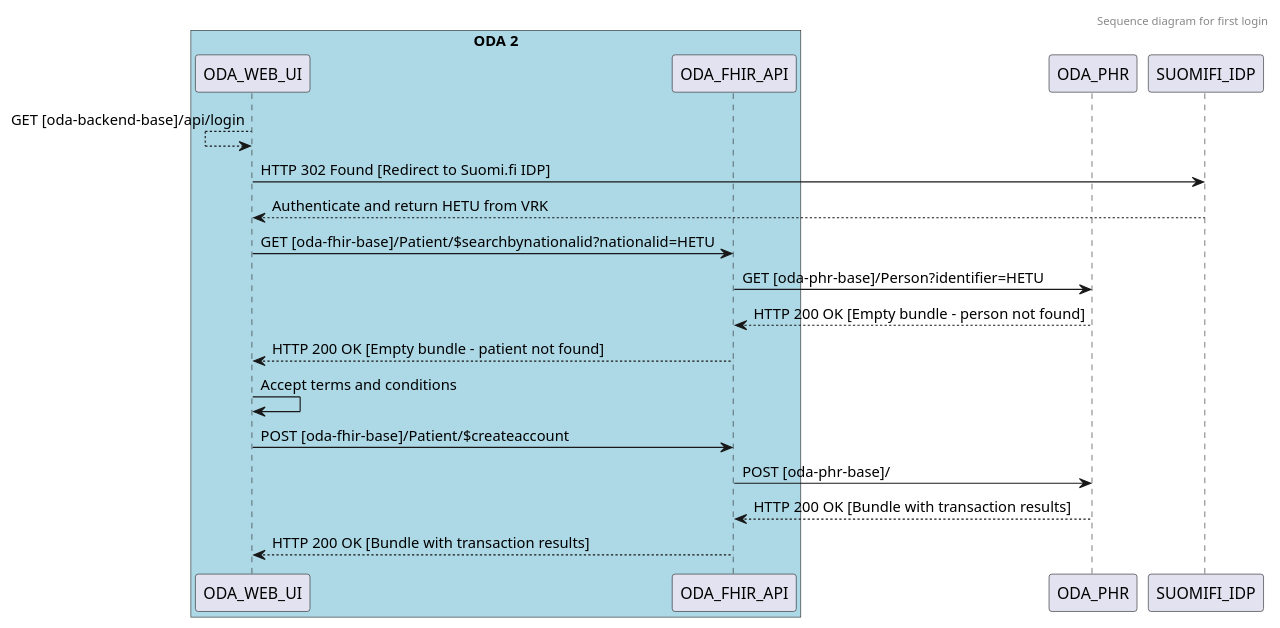
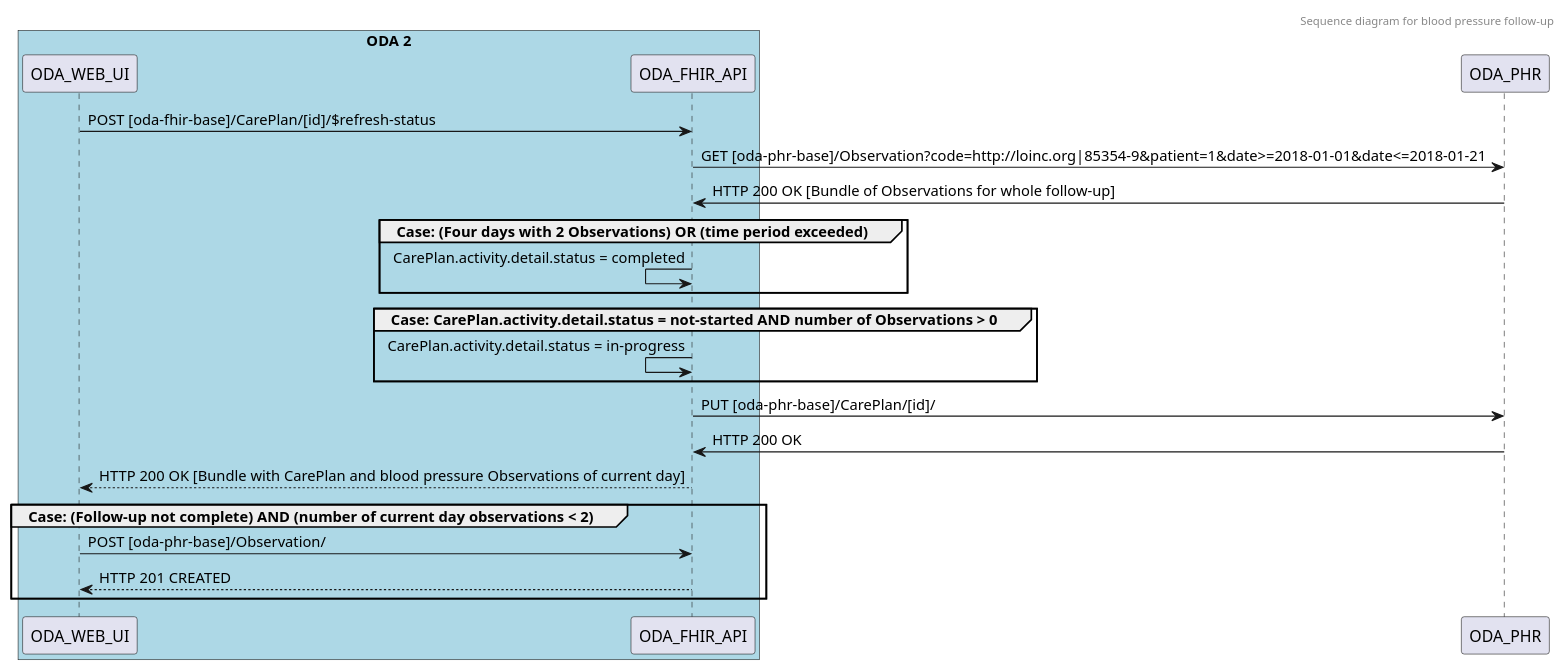
One commit to omahoito/definitions changed the diagram in sequence-diagrams/bloodpressure.puml. Above: the diagram before and after it, drawn with PlantUML. The commit also changed other lines of this file, not shown here.

Commit message:
Fixed wrong content

```diff
--- a/sequence-diagrams/bloodpressure.puml
+++ b/sequence-diagrams/bloodpressure.puml
@@ -1,34 +1,36 @@
 @startuml
 header
-Sequence diagram for first login
+Sequence diagram for blood pressure follow-up
 endheader
 
 participant ODA_WEB_UI
 participant ODA_FHIR_API
 
 box "ODA 2" #LightBlue
     participant ODA_WEB_UI
     participant ODA_FHIR_API
 end box
 participant ODA_PHR
-participant SUOMIFI_IDP
-ODA_WEB_UI <-- ODA_WEB_UI: GET [oda-backend-base]/api/login
-ODA_WEB_UI -> SUOMIFI_IDP:  HTTP 302 Found [Redirect to Suomi.fi IDP]
-ODA_WEB_UI <-- SUOMIFI_IDP: Authenticate and return HETU from VRK
 
-ODA_WEB_UI -> ODA_FHIR_API: GET [oda-fhir-base]/Patient/$searchbynationalid?nationalid=HETU
-ODA_FHIR_API -> ODA_PHR: GET [oda-phr-base]/Person?identifier=HETU
-ODA_FHIR_API <-- ODA_PHR: HTTP 200 OK [Empty bundle - person not found]
-ODA_WEB_UI <-- ODA_FHIR_API: HTTP 200 OK [Empty bundle - patient not found]
-
-ODA_WEB_UI -> ODA_WEB_UI: Accept terms and conditions
+ODA_WEB_UI -> ODA_FHIR_API: POST [oda-fhir-base]/CarePlan/[id]/$refresh-status
+ODA_FHIR_API -> ODA_PHR: GET [oda-phr-base]/Observation?code=http://loinc.org|85354-9&patient=1&date>=2018-01-01&date<=2018-01-21
+ODA_FHIR_API <- ODA_PHR: HTTP 200 OK [Bundle of Observations for whole follow-up]
+group Case: (Four days with 2 Observations) OR (time period exceeded) 
+ODA_FHIR_API <- ODA_FHIR_API: CarePlan.activity.detail.status = completed
+end
+group Case: CarePlan.activity.detail.status = not-started AND number of Observations > 0
+ODA_FHIR_API <- ODA_FHIR_API: CarePlan.activity.detail.status = in-progress
+end
+ODA_FHIR_API -> ODA_PHR: PUT [oda-phr-base]/CarePlan/[id]/
+ODA_FHIR_API <- ODA_PHR: HTTP 200 OK
 
 
-ODA_WEB_UI -> ODA_FHIR_API: POST [oda-fhir-base]/Patient/$createaccount
+ODA_WEB_UI <-- ODA_FHIR_API: HTTP 200 OK [Bundle with CarePlan and blood pressure Observations of current day]
 
-ODA_FHIR_API -> ODA_PHR: POST [oda-phr-base]/
-ODA_FHIR_API <-- ODA_PHR: HTTP 200 OK [Bundle with transaction results]
- 
-ODA_WEB_UI <-- ODA_FHIR_API: HTTP 200 OK [Bundle with transaction results]
+group Case: (Follow-up not complete) AND (number of current day observations < 2) 
+ODA_WEB_UI -> ODA_FHIR_API: POST [oda-phr-base]/Observation/
+ODA_WEB_UI <-- ODA_FHIR_API: HTTP 201 CREATED
+
+end
 
 @enduml
```
